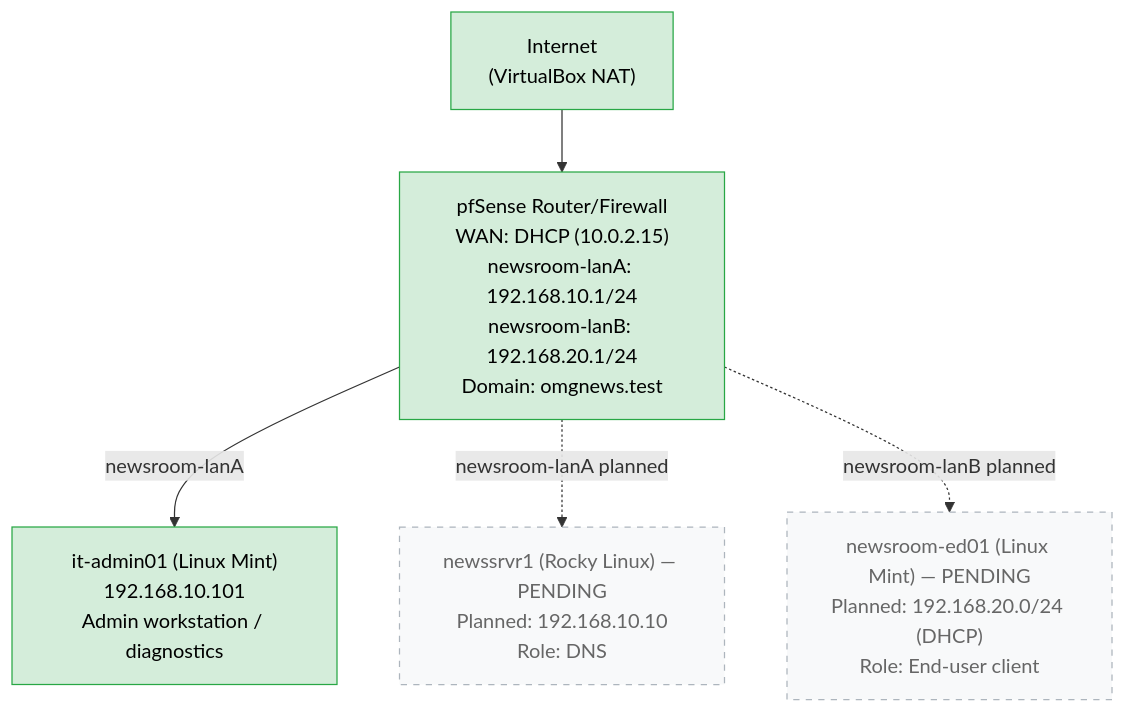
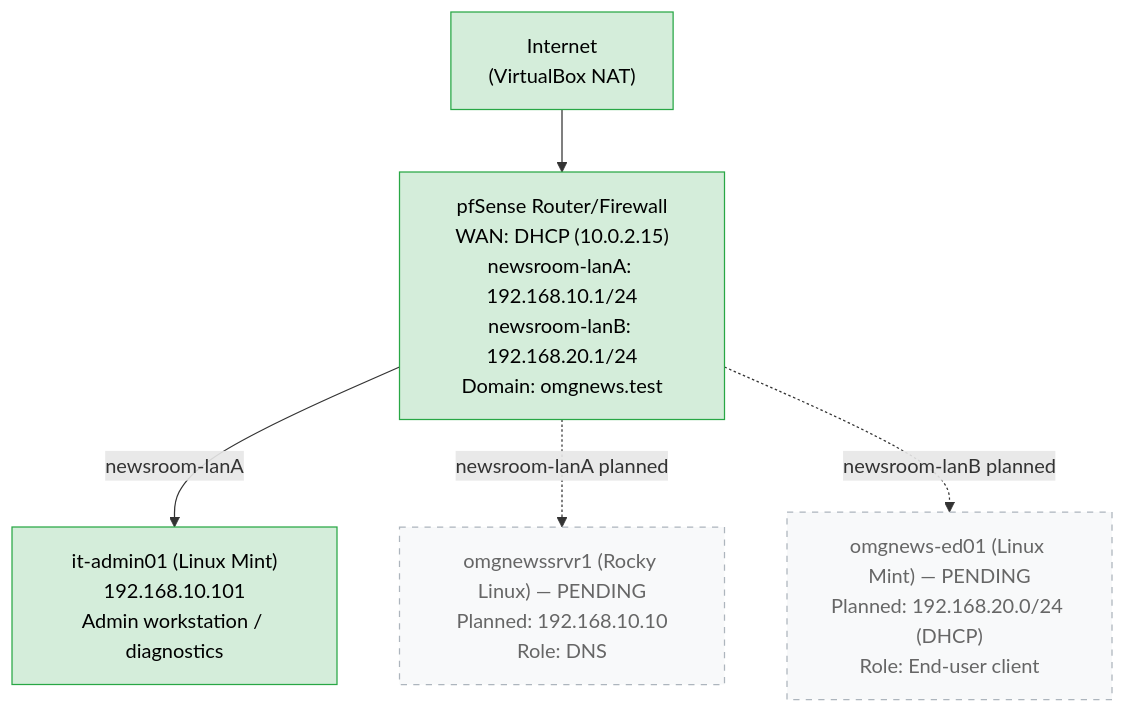
Before and after one commit to robbaileyhome-dev/homelab-portfolio: the diagram in Labs/Lab02: Network restructure.md, drawn with Mermaid.

Commit message:
Update server names in network restructure document

````diff
--- a/Labs/Lab02: Network restructure.md
+++ b/Labs/Lab02: Network restructure.md
@@ -7,18 +7,18 @@
 ```mermaid
 graph TB
     NAT["Internet<br/>(VirtualBox NAT)"]
     pfSense["pfSense Router/Firewall<br/>WAN: DHCP (10.0.2.15)<br/>newsroom-lanA: 192.168.10.1/24<br/>newsroom-lanB: 192.168.20.1/24<br/>Domain: omgnews.test"]
     Mint1["it-admin01 (Linux Mint)<br/>192.168.10.101<br/>Admin workstation / diagnostics"]
-    Rocky["newssrvr1 (Rocky Linux) — PENDING<br/>Planned: 192.168.10.10<br/>Role: DNS"]
-    Mint2["newsroom-ed01 (Linux Mint) — PENDING<br/>Planned: 192.168.20.0/24 (DHCP)<br/>Role: End-user client"]
+    Rocky["omgnewssrvr1 (Rocky Linux) — PENDING<br/>Planned: 192.168.10.10<br/>Role: DNS"]
+    Mint2["omgnews-ed01 (Linux Mint) — PENDING<br/>Planned: 192.168.20.0/24 (DHCP)<br/>Role: End-user client"]
 
     NAT --> pfSense
     pfSense -->|newsroom-lanA| Mint1
     pfSense -.->|newsroom-lanA planned| Rocky
     pfSense -.->|newsroom-lanB planned| Mint2
 
     classDef live fill:#d4edda,stroke:#28a745,color:#000;
     classDef pending fill:#f8f9fa,stroke:#adb5bd,stroke-dasharray: 5 5,color:#666;
     class NAT,pfSense,Mint1 live;
     class Rocky,Mint2 pending;
 ```
````
